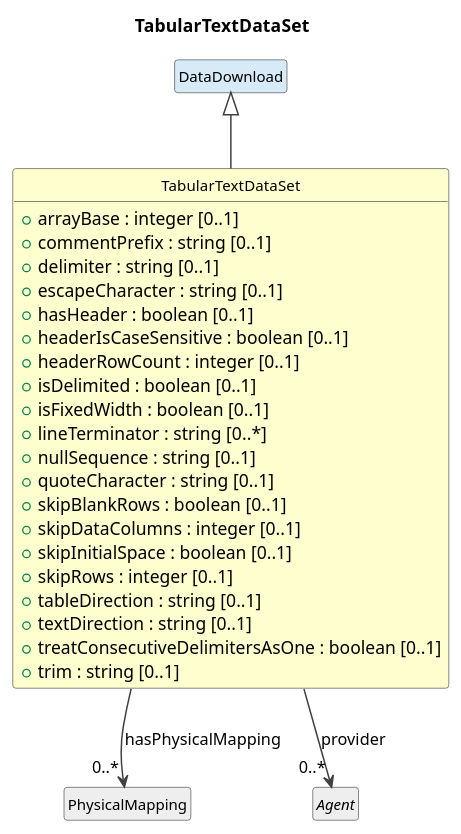
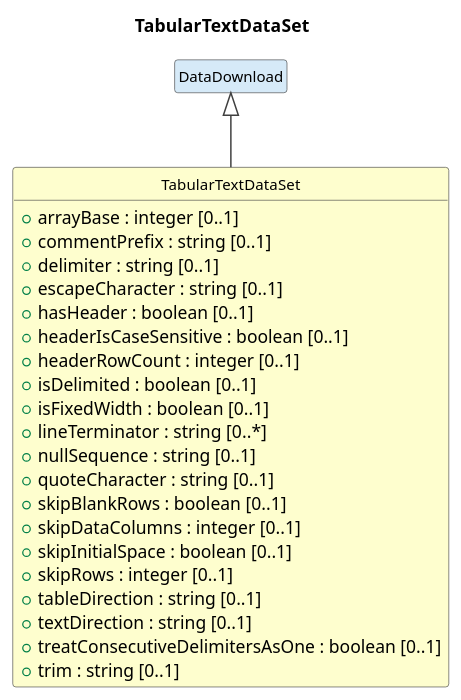
Before and after one commit to Cross-Domain-Interoperability-Framework/metadataBuildingBlocks: the diagram in cdif-uml-model/_plantuml/cdifDataDescription/Classes/TabularTextDataSet.pu, drawn with PlantUML. The commit also changed 137 other files, not shown here.

First line of the commit message:
Regenerate UML model browser: simplified child diagrams + model edits

```diff
--- a/cdif-uml-model/_plantuml/cdifDataDescription/Classes/TabularTextDataSet.pu
+++ b/cdif-uml-model/_plantuml/cdifDataDescription/Classes/TabularTextDataSet.pu
@@ -1,42 +1,38 @@
 @startuml
 title TabularTextDataSet
 hide circle
 hide empty members
 skinparam shadowing false
 skinparam ArrowThickness 1.2
 skinparam class {
   ArrowColor #404040
   BorderColor #404040
   FontSize 12
 }
 
 class "TabularTextDataSet" as TabularTextDataSet #FEFECE {
   +arrayBase : integer [0..1]
   +commentPrefix : string [0..1]
   +delimiter : string [0..1]
   +escapeCharacter : string [0..1]
   +hasHeader : boolean [0..1]
   +headerIsCaseSensitive : boolean [0..1]
   +headerRowCount : integer [0..1]
   +isDelimited : boolean [0..1]
   +isFixedWidth : boolean [0..1]
   +lineTerminator : string [0..*]
   +nullSequence : string [0..1]
   +quoteCharacter : string [0..1]
   +skipBlankRows : boolean [0..1]
   +skipDataColumns : integer [0..1]
   +skipInitialSpace : boolean [0..1]
   +skipRows : integer [0..1]
   +tableDirection : string [0..1]
   +textDirection : string [0..1]
   +treatConsecutiveDelimitersAsOne : boolean [0..1]
   +trim : string [0..1]
 }
 class "DataDownload" as DataDownload #D6EAF8
 DataDownload <|-- TabularTextDataSet
-class "PhysicalMapping" as PhysicalMapping #EEEEEE
-TabularTextDataSet --> "0..*" PhysicalMapping : hasPhysicalMapping
-abstract class "Agent" as Agent #EEEEEE
-TabularTextDataSet --> "0..*" Agent : provider
 
 @enduml
```
